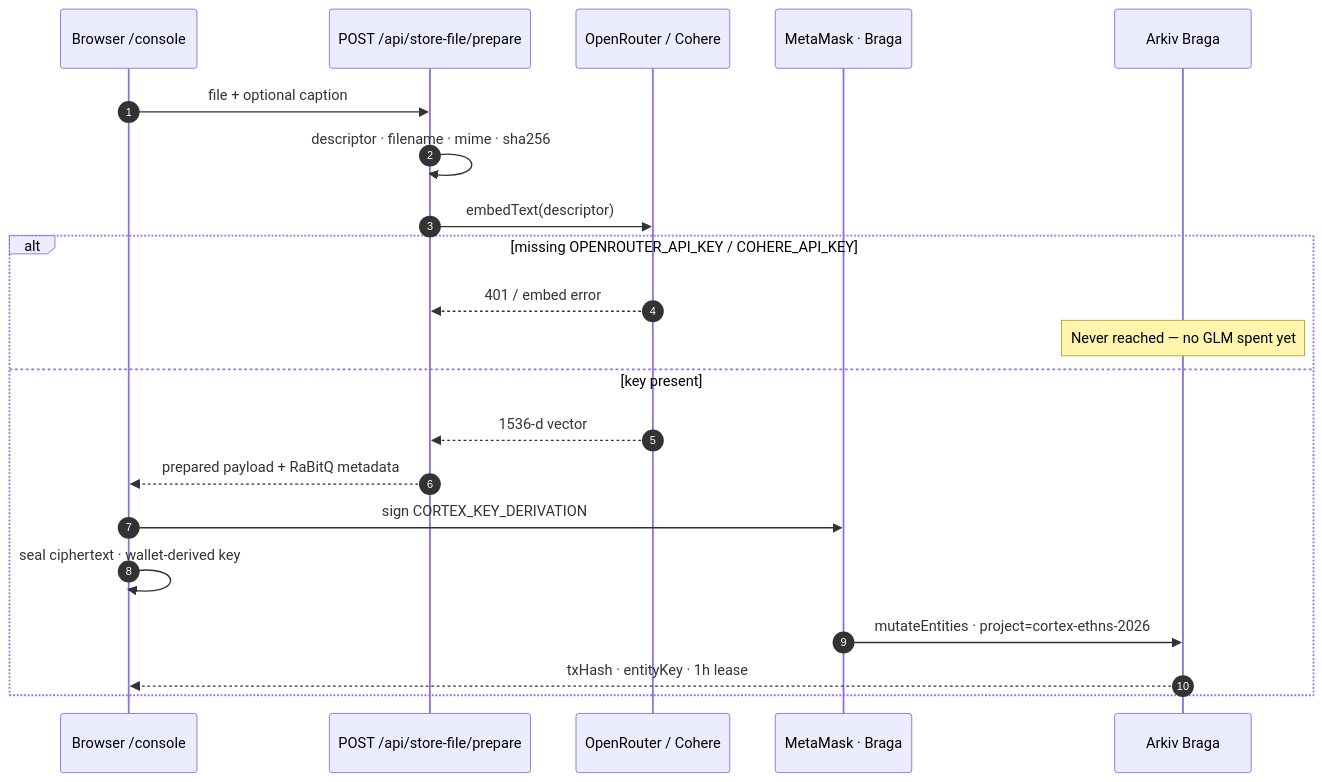
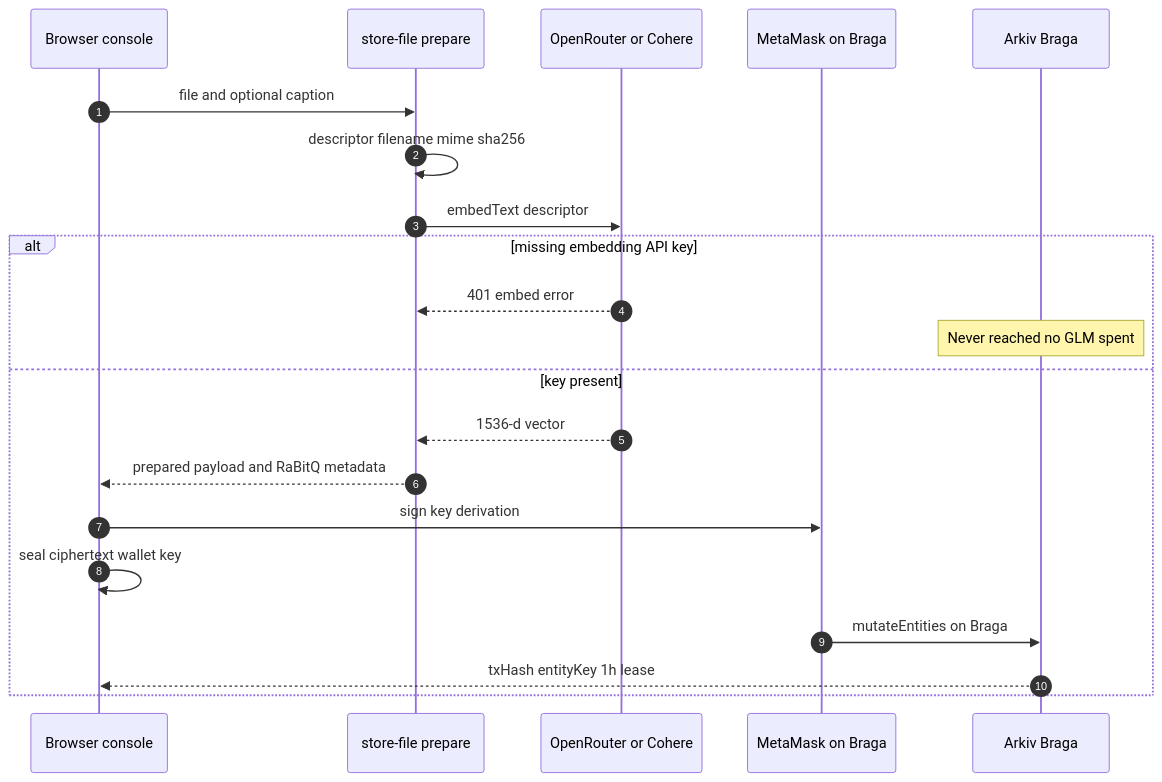
The second of 3 diagrams in README.md (LingSiewWin/Cortex), drawn with Mermaid before and after one commit. The commit also changed other lines of this file, not shown here.

Commit message:
docs: fix Mermaid sequence diagrams for GitHub parser

````diff
--- a/README.md
+++ b/README.md
@@ -137,24 +137,24 @@
 ```mermaid
 sequenceDiagram
   autonumber
-  participant UI as Browser /console
-  participant API as POST /api/store-file/prepare
-  participant OR as OpenRouter / Cohere
-  participant Wallet as MetaMask · Braga
+  participant UI as Browser console
+  participant API as store-file prepare
+  participant OR as OpenRouter or Cohere
+  participant Wallet as MetaMask on Braga
   participant Chain as Arkiv Braga
 
-  UI->>API: file + optional caption
-  API->>API: descriptor · filename · mime · sha256
-  API->>OR: embedText(descriptor)
-  alt missing OPENROUTER_API_KEY / COHERE_API_KEY
-    OR-->>API: 401 / embed error
-    Note over Chain: Never reached — no GLM spent yet
+  UI->>API: file and optional caption
+  API->>API: descriptor filename mime sha256
+  API->>OR: embedText descriptor
+  alt missing embedding API key
+    OR-->>API: 401 embed error
+    Note over Chain: Never reached no GLM spent
   else key present
     OR-->>API: 1536-d vector
-    API-->>UI: prepared payload + RaBitQ metadata
-    UI->>Wallet: sign CORTEX_KEY_DERIVATION
-    UI->>UI: seal ciphertext · wallet-derived key
-    Wallet->>Chain: mutateEntities · project=cortex-ethns-2026
-    Chain-->>UI: txHash · entityKey · 1h lease
+    API-->>UI: prepared payload and RaBitQ metadata
+    UI->>Wallet: sign key derivation
+    UI->>UI: seal ciphertext wallet key
+    Wallet->>Chain: mutateEntities on Braga
+    Chain-->>UI: txHash entityKey 1h lease
   end
 ```
````
